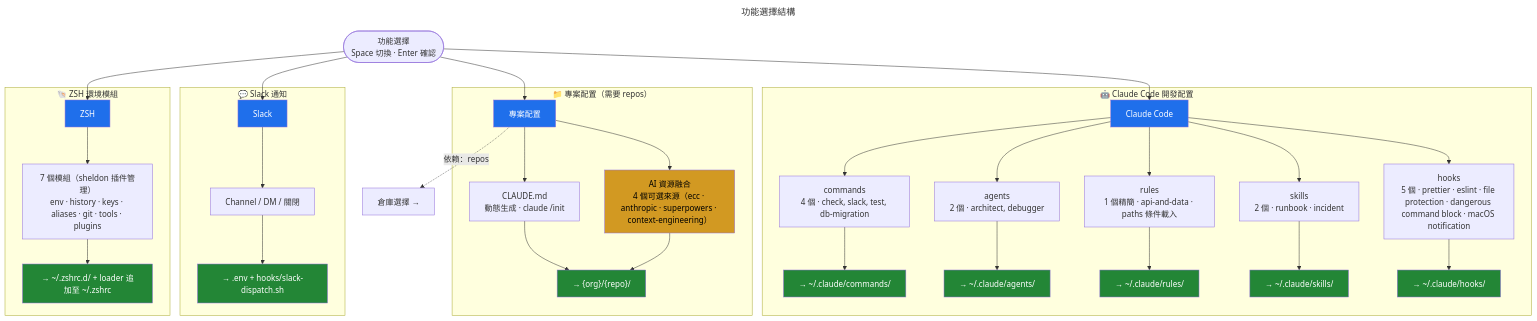
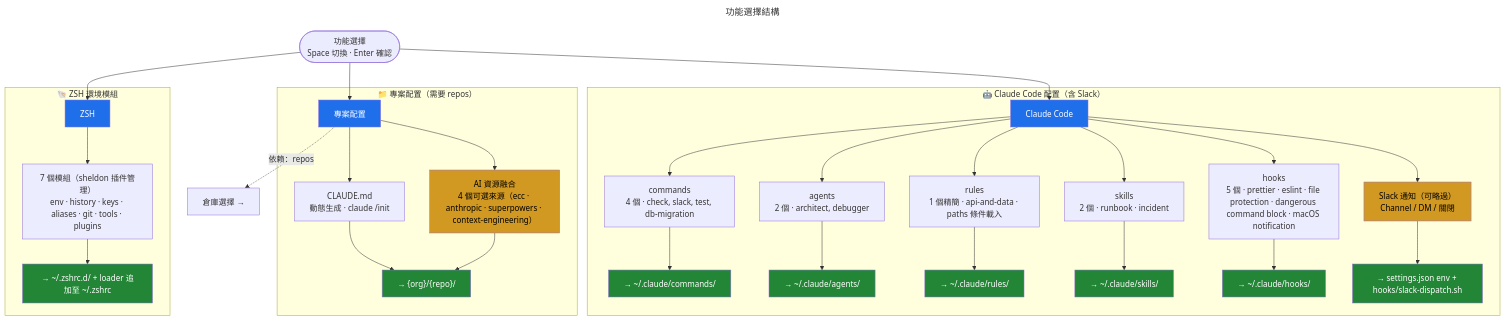
Before and after one commit to AlvinBian/ab-tao: the diagram in apps/dotfiles/docs/flows/feature-map.mmd, drawn with Mermaid. The commit also changed 2 other files, not shown here.

Commit message:
docs(dotfiles): 更新 feature-map / setup-main / phase-execute 流程圖
- feature-map：移除獨立 Slack 子圖，合併為 Claude Code 的可略過子步驟
- setup-main：移除 has Slack? 分支節點，更新功能選擇說明
- phase-execute：移除 ab-slack-message.plugin，更新全局配置描述

```diff
--- a/apps/dotfiles/docs/flows/feature-map.mmd
+++ b/apps/dotfiles/docs/flows/feature-map.mmd
@@ -1,53 +1,49 @@
 ---
 title: 功能選擇結構
-description: 4 大功能、部署目標（Claude Code · 專案配置 · Slack · ZSH）
+description: 4 大功能、部署目標（Claude Code + Slack · 專案配置 · ZSH）
 links:
   - setup-main: 返回主流程
   - phase-execute: 安裝執行
 ---
 flowchart TD
-    MS(["功能選擇<br/>Space 切換 · Enter 確認"]) --> C1 & C2 & C3 & C4
+    MS(["功能選擇<br/>Space 切換 · Enter 確認"]) --> C1 & C2 & C3
 
-    subgraph C1G ["🤖 Claude Code 開發配置"]
+    subgraph C1G ["🤖 Claude Code 配置（含 Slack）"]
         C1["Claude Code"]
         C1 --> CC1["commands<br/>4 個 · check, slack, test, db-migration"]
         C1 --> CC2["agents<br/>2 個 · architect, debugger"]
         C1 --> CC3["rules<br/>1 個精簡 · api-and-data · paths 條件載入"]
         C1 --> CC4["skills<br/>2 個 · runbook · incident"]
         C1 --> CC5["hooks<br/>5 個 · prettier · eslint · file protection · dangerous command block · macOS notification"]
+        C1 --> CC6["Slack 通知（可略過）<br/>Channel / DM / 關閉"]
         CC1 --> T1["→ ~/.claude/commands/"]
         CC2 --> T2["→ ~/.claude/agents/"]
         CC3 --> T3["→ ~/.claude/rules/"]
         CC4 --> T4["→ ~/.claude/skills/"]
         CC5 --> T5["→ ~/.claude/hooks/"]
+        CC6 --> T6["→ settings.json env + hooks/slack-dispatch.sh"]
     end
 
     subgraph C2G ["📁 專案配置（需要 repos）"]
         C2["專案配置"]
         C2 --> CM1["CLAUDE.md<br/>動態生成 · claude /init"]
         C2 --> CM4["AI 資源融合<br/>4 個可選來源（ecc · anthropic · superpowers · context-engineering）"]
         CM1 --> CMT["→ {org}/{repo}/"]
         CM4 --> CMT
     end
 
-    subgraph C3G ["💬 Slack 通知"]
-        C3["Slack"]
-        C3 --> S1["Channel / DM / 關閉"]
-        S1 --> ST["→ .env + hooks/slack-dispatch.sh"]
-    end
-
-    subgraph C4G ["🐚 ZSH 環境模組"]
-        C4["ZSH"]
-        C4 --> Z1["7 個模組（sheldon 插件管理）<br/>env · history · keys · aliases · git · tools · plugins"]
+    subgraph C3G ["🐚 ZSH 環境模組"]
+        C3["ZSH"]
+        C3 --> Z1["7 個模組（sheldon 插件管理）<br/>env · history · keys · aliases · git · tools · plugins"]
         Z1 --> ZT["→ ~/.zshrc.d/ + loader 追加至 ~/.zshrc"]
     end
 
     C2 -.->|"依賴：repos"| RepoLink["倉庫選擇 →"]
 
     classDef feature fill:#1f6feb,color:#fff
     classDef target fill:#238636,color:#fff
     classDef optional fill:#d29922,color:#000
 
-    class C1,C2,C3,C4 feature
-    class T1,T2,T3,T4,T5,CMT,ST,ZT target
-    class CM4 optional
+    class C1,C2,C3 feature
+    class T1,T2,T3,T4,T5,T6,CMT,ZT target
+    class CM4,CC6 optional
```
